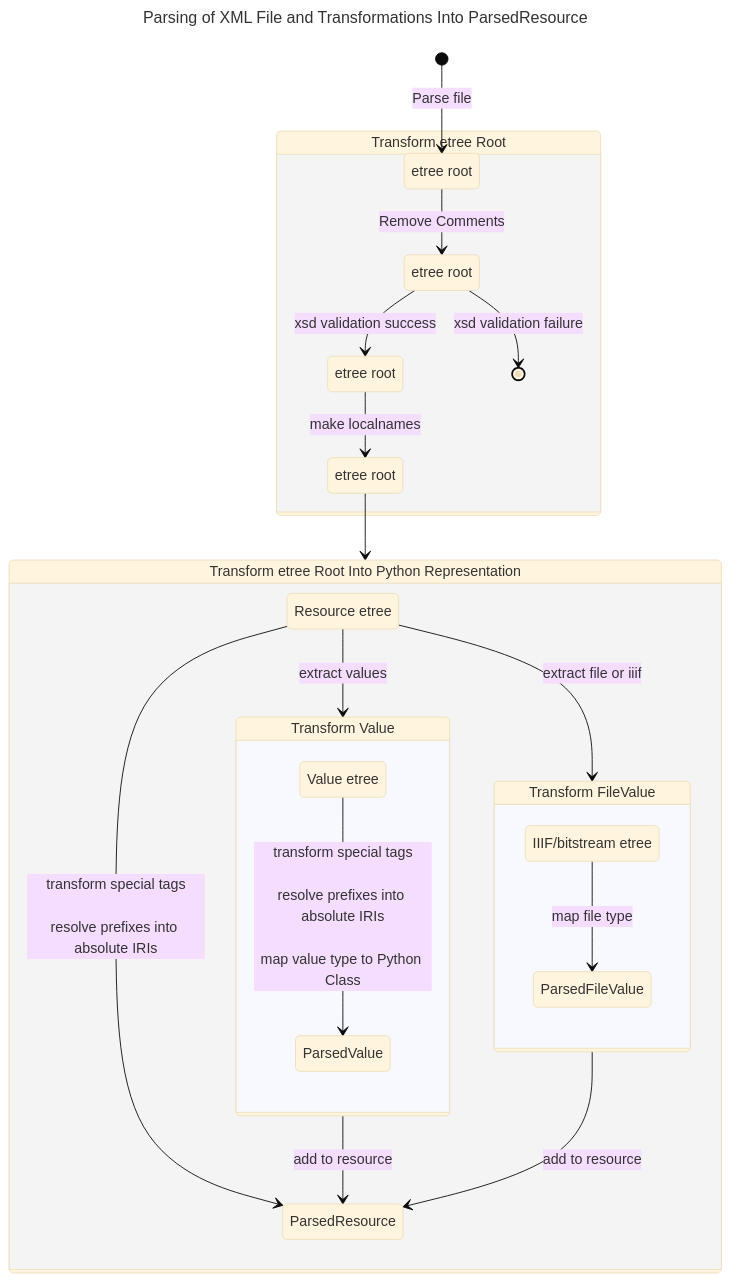
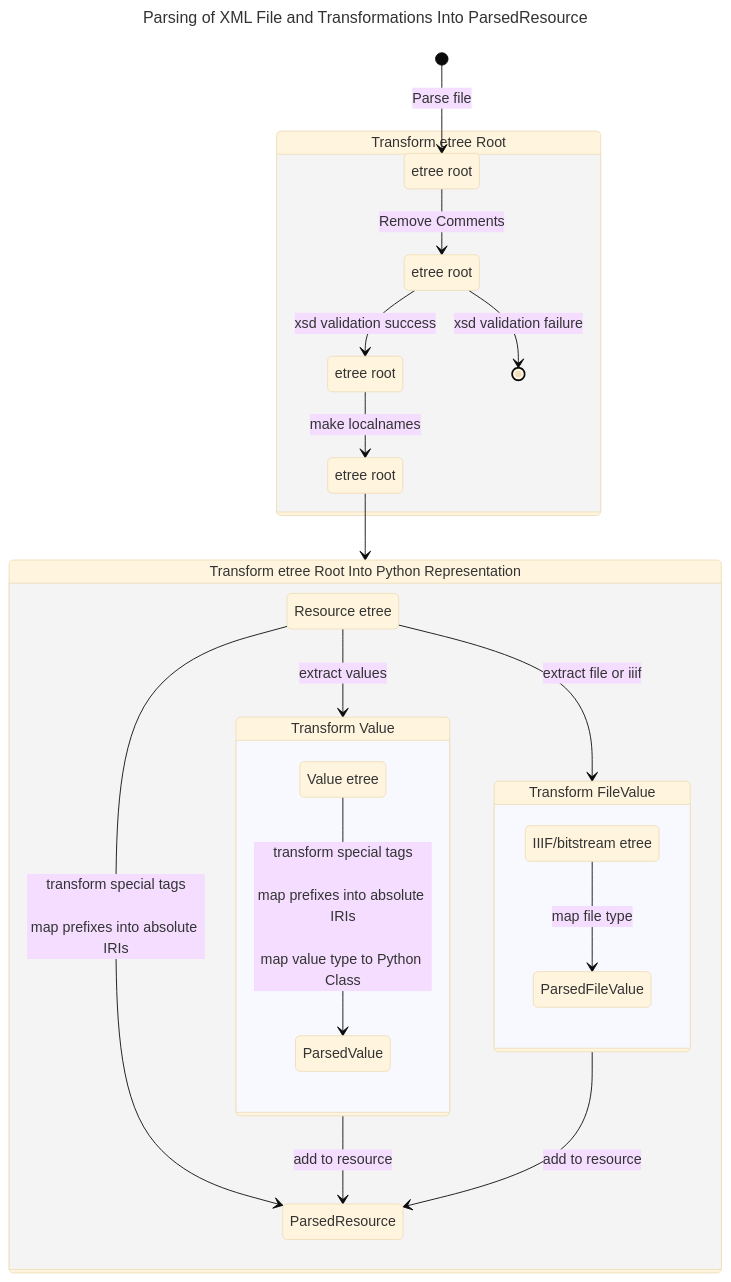
Before and after one commit to dasch-swiss/dsp-tools: the second of 3 diagrams in docs/developers/architecture.md, drawn with Mermaid (base theme).

````diff
--- a/docs/developers/architecture.md
+++ b/docs/developers/architecture.md
@@ -50,45 +50,45 @@
 ```mermaid
 ---
 title: Parsing of XML File and Transformations Into ParsedResource
 ---
 stateDiagram-v2
 state "Transform etree Root" as eroot
 state "Transform etree Root Into Python Representation" as transpy
 state "Resource etree" as resetree1
 state "ParsedResource" as respars
 state "Value etree" as valtree
 state "IIIF/bitstream etree" as filetree
 state "ParsedValue" as valpars
 state "ParsedFileValue" as filepars
 state "Transform Value" as transval
 state "Transform FileValue" as transfile
 
 [*]-->r1: Parse file
 
 r4-->transpy
     state eroot {
         state "etree root" as r1
         state "etree root" as r2
         state "etree root" as r3
         state "etree root" as r4
         r1-->r2: Remove Comments
         r2-->[*]: xsd validation failure
         r2-->r3: xsd validation success
         r3-->r4: make localnames
     }
     state transpy {
         resetree1-->transval: extract values
         resetree1-->transfile: extract file or iiif
-        resetree1-->respars: transform special tags<br/><br/>resolve prefixes into absolute IRIs
+        resetree1-->respars: transform special tags<br/><br/>map prefixes into absolute IRIs
 
         state transval {
-            valtree-->valpars: transform special tags<br/><br/>resolve prefixes into absolute IRIs<br/><br/>map value type to Python Class
+            valtree-->valpars: transform special tags<br/><br/>map prefixes into absolute IRIs<br/><br/>map value type to Python Class
         }
         transval-->respars: add to resource
 
         state transfile {
             filetree-->filepars: map file type
         }
         transfile-->respars: add to resource
     }
 ```
````
